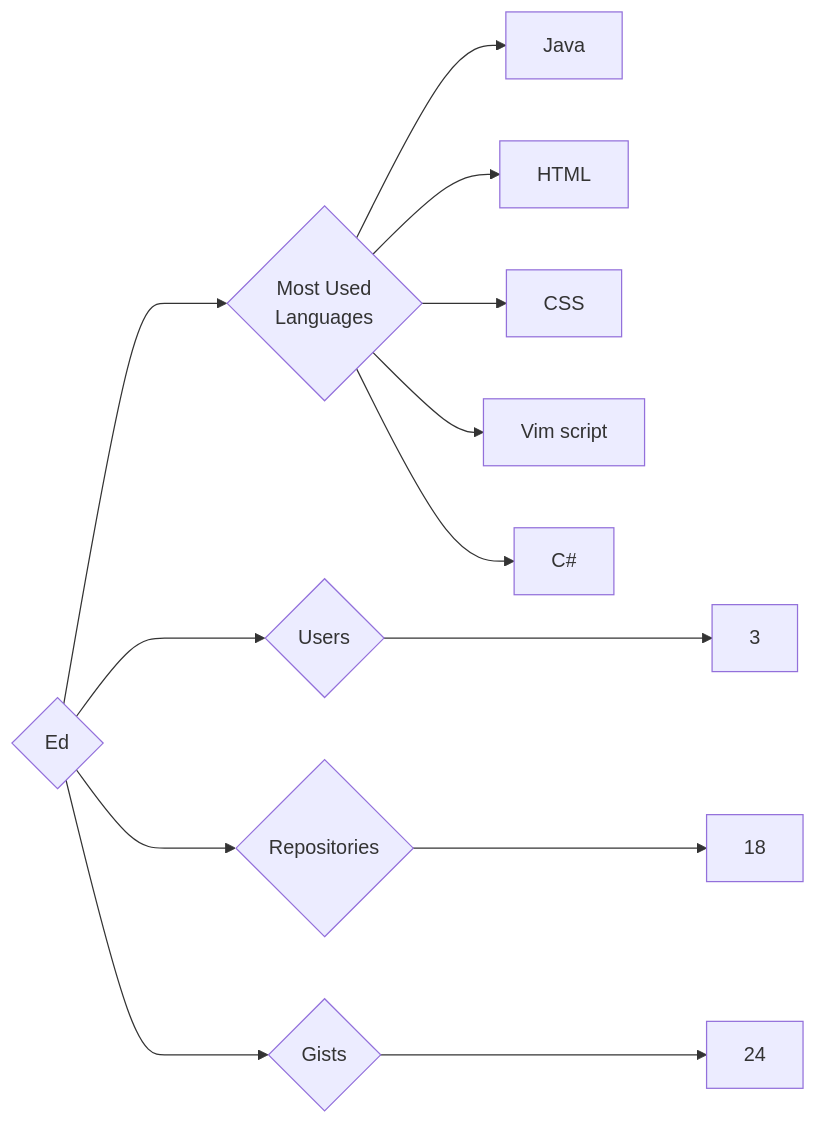
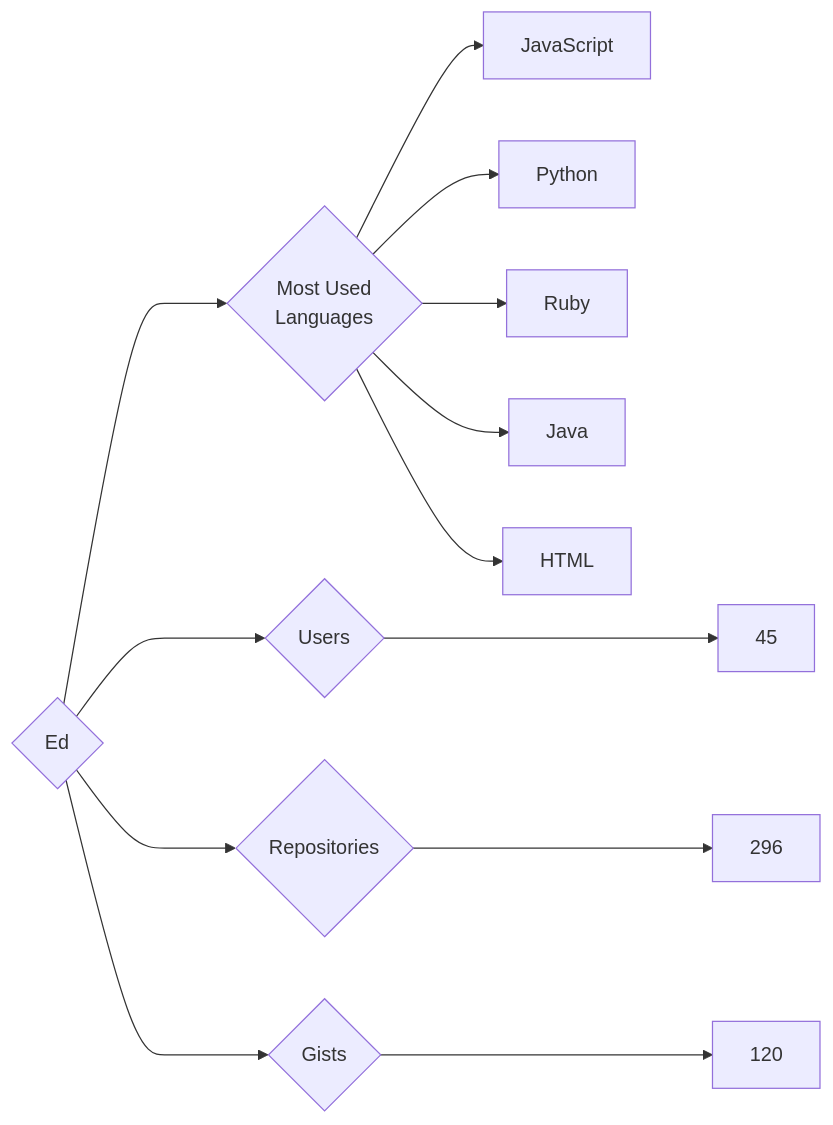
Before and after one commit to trickest/insiders: the diagram in targets/Ed/README.md, drawn with Mermaid. The commit also changed 930 other files, not shown here.

````diff
--- a/targets/Ed/README.md
+++ b/targets/Ed/README.md
@@ -3,13 +3,13 @@
 ```mermaid
 graph LR
 COMPANY_NAME{Ed}
-COMPANY_NAME ---> U{Users} ---> UN[3]
-COMPANY_NAME ---> R{Repositories} ---> RN[18]
-COMPANY_NAME ---> G{Gists} ---> GN[24]
+COMPANY_NAME ---> U{Users} ---> UN[45]
+COMPANY_NAME ---> R{Repositories} ---> RN[296]
+COMPANY_NAME ---> G{Gists} ---> GN[120]
 COMPANY_NAME ---> ML{Most Used<br>Languages}
+ML --> JavaScript[JavaScript]
+ML --> Python[Python]
+ML --> Ruby[Ruby]
 ML --> Java[Java]
 ML --> HTML[HTML]
-ML --> CSS[CSS]
-ML --> Vim_script[Vim script]
-ML --> C#[C#]
 ```
````
